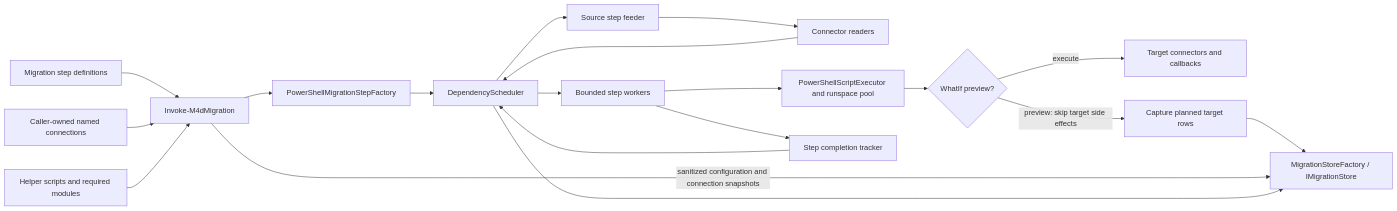
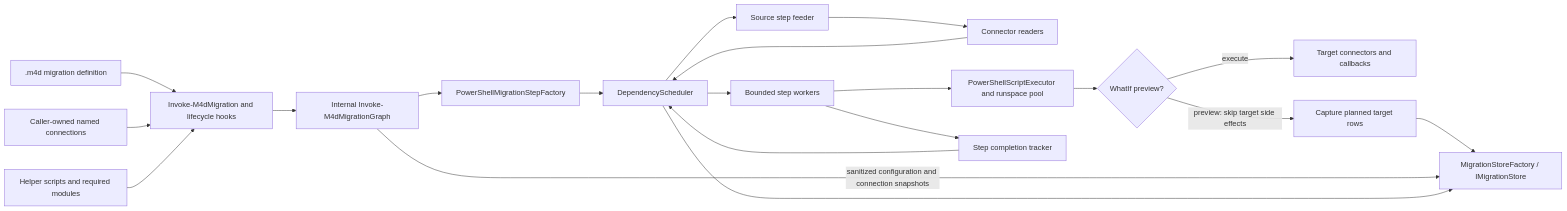
Before and after one commit to ALM4Dataverse/Migration4Dataverse: the first of 11 diagrams in docs/dev/architecture.md, drawn with Mermaid. The commit also changed other lines of this file and 41 other files, not shown here.

````diff
--- a/docs/dev/architecture.md
+++ b/docs/dev/architecture.md
@@ -20,32 +20,34 @@
 ```mermaid
 flowchart LR
-    definition["Migration step definitions"]
+    definition[".m4d migration definition"]
     connections["Caller-owned named connections"]
     scripts["Helper scripts and required modules"]
-    invoke["Invoke-M4dMigration"]
+    fileRunner["Invoke-M4dMigration and lifecycle hooks"]
+    invoke["Internal Invoke-M4dMigrationGraph"]
     factory["PowerShellMigrationStepFactory"]
     scheduler["DependencyScheduler"]
     feeder["Source step feeder"]
     readers["Connector readers"]
     workers["Bounded step workers"]
     scriptsExecutor["PowerShellScriptExecutor and runspace pool"]
     preview{"WhatIf preview?"}
     targets["Target connectors and callbacks"]
     previewRows["Capture planned target rows"]
     completion["Step completion tracker"]
     storeClient["MigrationStoreFactory / IMigrationStore"]
 
-    definition --> invoke
-    connections --> invoke
-    scripts --> invoke
+    definition --> fileRunner
+    connections --> fileRunner
+    scripts --> fileRunner
+    fileRunner --> invoke
     invoke --> factory --> scheduler
     scheduler --> feeder
     feeder --> readers --> scheduler
     scheduler --> workers
     workers --> scriptsExecutor --> preview
     preview -->|execute| targets
     preview -->|preview: skip target side effects| previewRows --> storeClient
     workers --> completion --> scheduler
     invoke -->|sanitized configuration and connection snapshots| storeClient
     scheduler --> storeClient
 ```
````
